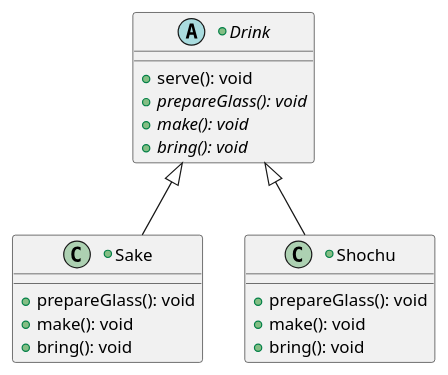
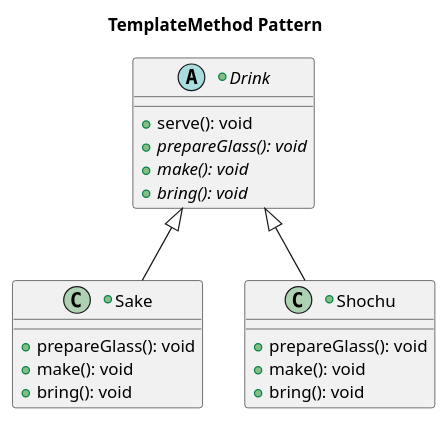
Before and after one commit to Shukupon/design-patterns: the diagram in UML/templateMethod.pu, drawn with PlantUML. The commit also changed 7 other files, not shown here.

```diff
--- a/UML/templateMethod.pu
+++ b/UML/templateMethod.pu
@@ -1,22 +1,23 @@
 @startuml
+title TemplateMethod Pattern
 
 +abstract class Drink {
     + serve(): void
     + {abstract} prepareGlass(): void
     + {abstract} make(): void
     + {abstract} bring(): void
 }
 
 +class Sake extends Drink {
     + prepareGlass(): void
     + make(): void
     + bring(): void
 }
 
 +class Shochu extends Drink {
     + prepareGlass(): void
     + make(): void
     + bring(): void
 }
 
 @enduml
```
